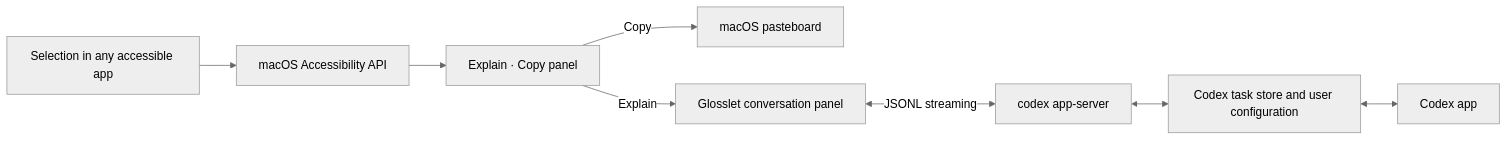
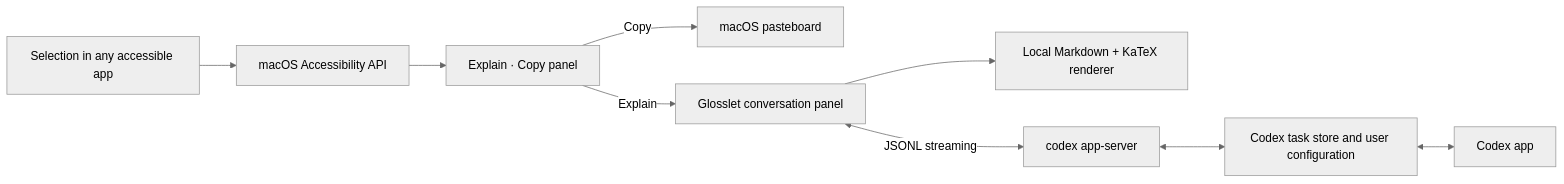
One commit to WineChord/glosslet changed the diagram in docs/ARCHITECTURE.md. Above: the diagram before and after it, drawn with Mermaid (neutral theme). The commit also changed other lines of this file and 53 other files, not shown here.

````diff
--- a/docs/ARCHITECTURE.md
+++ b/docs/ARCHITECTURE.md
@@ -5,10 +5,11 @@
 ```mermaid
 flowchart LR
     A["Selection in any accessible app"] --> B["macOS Accessibility API"]
     B --> C["Explain · Copy panel"]
     C -->|Copy| D["macOS pasteboard"]
     C -->|Explain| E["Glosslet conversation panel"]
+    E --> I["Local Markdown + KaTeX renderer"]
     E <-->|JSONL streaming| F["codex app-server"]
     F <--> G["Codex task store and user configuration"]
     G <--> H["Codex app"]
 ```
````
